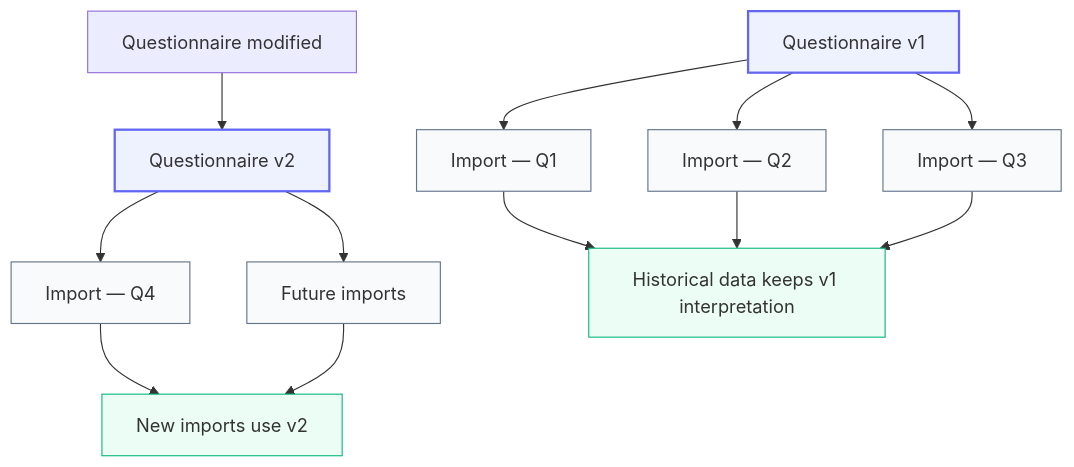
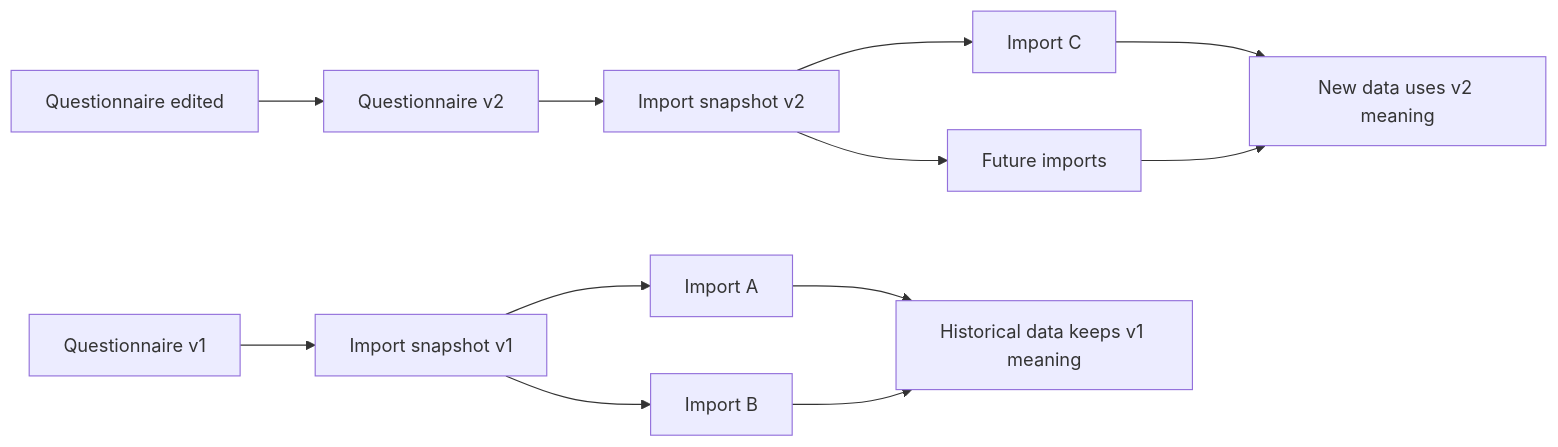
One commit to nathanda95/CellSpain changed the first of 7 diagrams in README.md. Above: the diagram before and after it, drawn with Mermaid. The commit also changed other lines of this file, not shown here.

````diff
--- a/README.md
+++ b/README.md
@@ -197,26 +312,17 @@
 ```mermaid
-flowchart TD
-    V1["Questionnaire v1"] --> I1["Import — Q1"]
-    V1 --> I2["Import — Q2"]
-    V1 --> I3["Import — Q3"]
+flowchart LR
+    V1["Questionnaire v1"] --> SNAP1["Import snapshot v1"]
+    SNAP1 --> I1["Import A"]
+    SNAP1 --> I2["Import B"]
 
-    CHANGE["Questionnaire modified"] --> V2["Questionnaire v2"]
+    CHANGE["Questionnaire edited"] --> V2["Questionnaire v2"]
+    V2 --> SNAP2["Import snapshot v2"]
+    SNAP2 --> I3["Import C"]
+    SNAP2 --> I4["Future imports"]
 
-    V2 --> I4["Import — Q4"]
-    V2 --> I5["Future imports"]
+    I1 --> OLD["Historical data keeps v1 meaning"]
+    I2 --> OLD
 
-    I1 --> HIST["Historical data keeps v1 interpretation"]
-    I2 --> HIST
-    I3 --> HIST
-
-    I4 --> NEW["New imports use v2"]
-    I5 --> NEW
-
-    classDef version fill:#eef2ff,stroke:#6366f1,stroke-width:2px
-    classDef data fill:#f8fafc,stroke:#64748b
-    classDef result fill:#ecfdf5,stroke:#10b981
-
-    class V1,V2 version
-    class I1,I2,I3,I4,I5 data
-    class HIST,NEW result
+    I3 --> NEW["New data uses v2 meaning"]
+    I4 --> NEW
 ```
````
